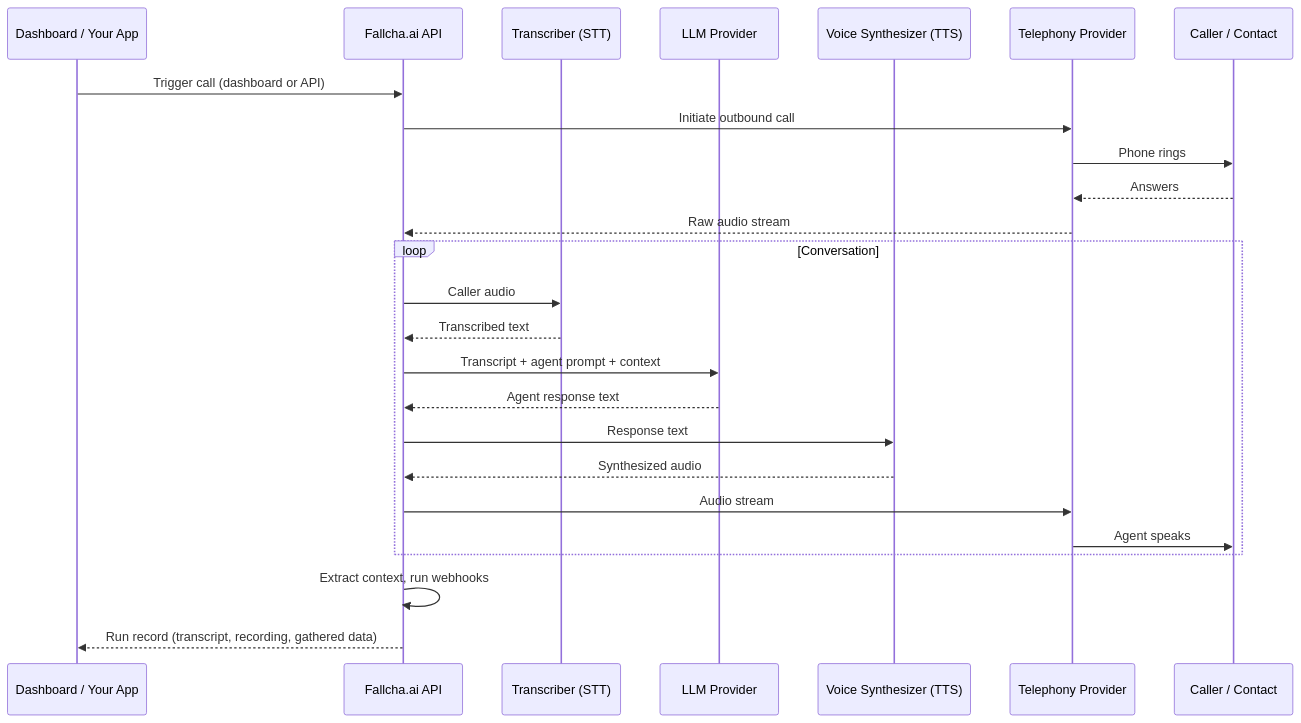
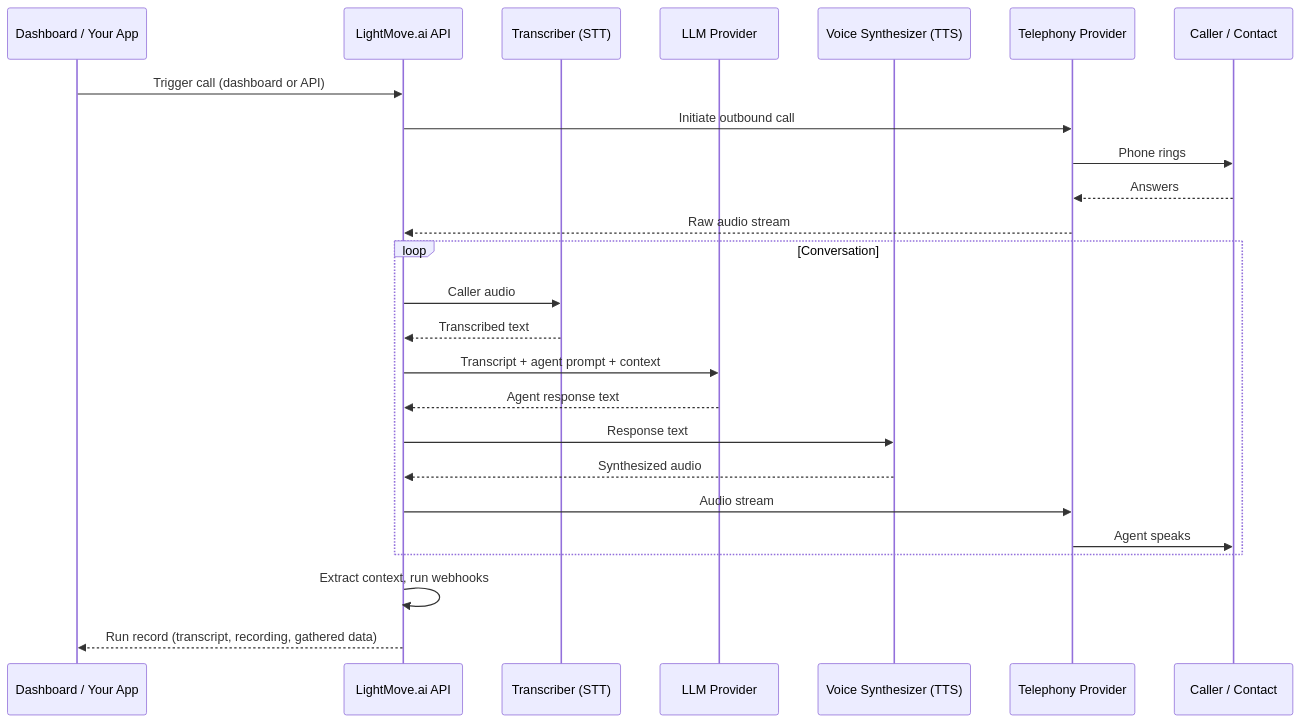
The diagram in docs/core-concepts/how-dograh-works.mdx (nextwebspark/failte-ai), drawn with Mermaid before and after one commit. The commit also changed other lines of this file and 97 other files, not shown here.

First line of the commit message:
docs: rebrand docs site to LightMove.ai

````diff
--- a/docs/core-concepts/how-dograh-works.mdx
+++ b/docs/core-concepts/how-dograh-works.mdx
@@ -10,28 +10,28 @@
 ```mermaid
 sequenceDiagram
     participant U as Dashboard / Your App
-    participant API as Fallcha.ai API
+    participant API as LightMove.ai API
     participant STT as Transcriber (STT)
     participant LLM as LLM Provider
     participant TTS as Voice Synthesizer (TTS)
     participant Tel as Telephony Provider
     participant Cal as Caller / Contact
 
     U->>API: Trigger call (dashboard or API)
     API->>Tel: Initiate outbound call
     Tel->>Cal: Phone rings
     Cal-->>Tel: Answers
     Tel-->>API: Raw audio stream
     loop Conversation
         API->>STT: Caller audio
         STT-->>API: Transcribed text
         API->>LLM: Transcript + agent prompt + context
         LLM-->>API: Agent response text
         API->>TTS: Response text
         TTS-->>API: Synthesized audio
         API->>Tel: Audio stream
         Tel->>Cal: Agent speaks
     end
     API->>API: Extract context, run webhooks
     API-->>U: Run record (transcript, recording, gathered data)
 ```
````
